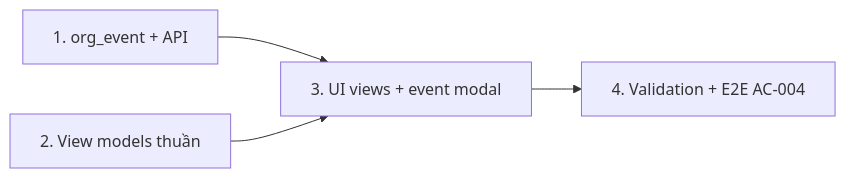
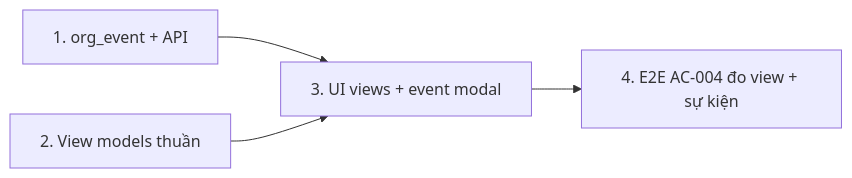
One commit to vinh19410/teacher-os changed the diagram in plans/261026-2018-tos-14-schedule-views-and-events/plan.md. Above: the diagram before and after it, drawn with Mermaid. The commit also changed other lines of this file and 4 other files, not shown here.

````diff
--- a/plans/261026-2018-tos-14-schedule-views-and-events/plan.md
+++ b/plans/261026-2018-tos-14-schedule-views-and-events/plan.md
@@ -63,6 +74,6 @@
 ```mermaid
 flowchart LR
   P1[1. org_event + API] --> P3[3. UI views + event modal]
   P2[2. View models thuần] --> P3
-  P3 --> P4[4. Validation + E2E AC-004]
+  P3 --> P4[4. E2E AC-004 đo view + sự kiện]
 ```
````
